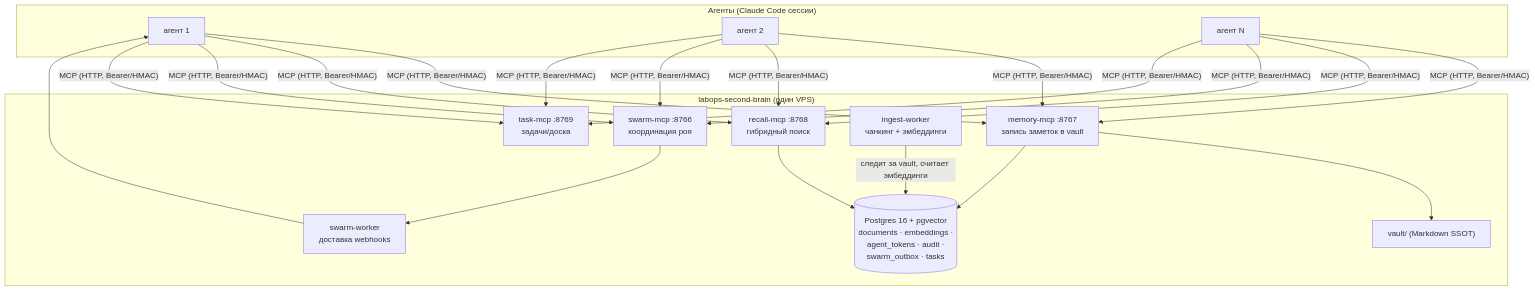
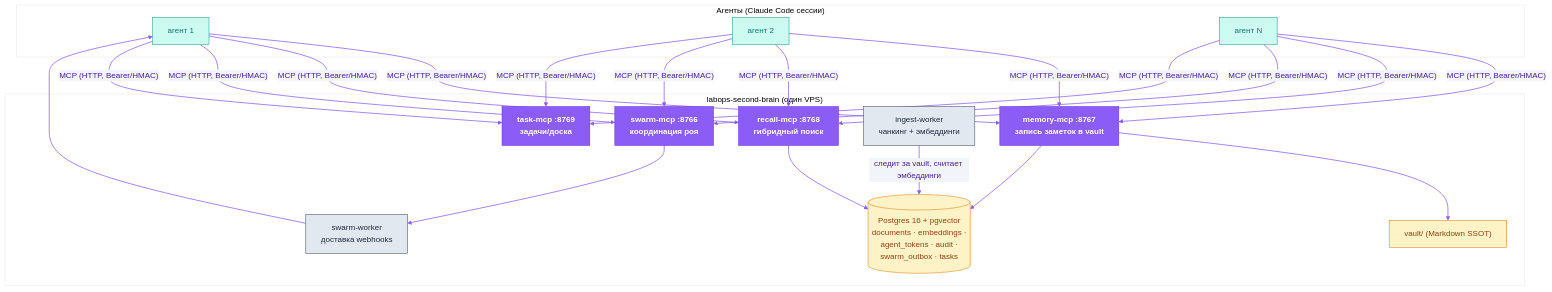
Before and after one commit to dediukhinpa/labops-second-brain: the second of 2 diagrams in README.ru.md, drawn with Mermaid. The commit also changed other lines of this file and 1 other file, not shown here.

First line of the commit message:
docs: brand-styled diagrams + GitHub alert callouts (EN+RU)

````diff
--- a/README.ru.md
+++ b/README.ru.md
@@ -121,24 +134,34 @@
 ```mermaid
+%%{init: {'theme':'base','themeVariables':{'primaryColor':'#EDE9FE','primaryTextColor':'#4C1D95','primaryBorderColor':'#8B5CF6','lineColor':'#8B5CF6','secondaryColor':'#F1F5F9','tertiaryColor':'#ffffff','fontFamily':'Helvetica,Arial,sans-serif'}}}%%
 flowchart TB
     subgraph agents["Агенты (Claude Code сессии)"]
         A1["агент 1"]; A2["агент 2"]; A3["агент N"]
     end
 
     subgraph brain["labops-second-brain (один VPS)"]
         MEM["memory-mcp :8767<br/>запись заметок в vault"]
         REC["recall-mcp :8768<br/>гибридный поиск"]
         SW["swarm-mcp :8766<br/>координация роя"]
         TASK["task-mcp :8769<br/>задачи/доска"]
         IW["ingest-worker<br/>чанкинг + эмбеддинги"]
         SWW["swarm-worker<br/>доставка webhooks"]
         PG[("Postgres 16 + pgvector<br/>documents · embeddings ·<br/>agent_tokens · audit ·<br/>swarm_outbox · tasks")]
         VAULT["vault/ (Markdown SSOT)"]
     end
 
     A1 & A2 & A3 -- "MCP (HTTP, Bearer/HMAC)" --> MEM & REC & SW & TASK
     MEM --> VAULT
     MEM --> PG
     IW -- "следит за vault, считает эмбеддинги" --> PG
     REC --> PG
     SW --> SWW --> A1
+    classDef brand fill:#8B5CF6,stroke:#6D28D9,color:#ffffff,font-weight:bold
+    classDef ext fill:#CCFBF1,stroke:#0D9488,color:#0F766E
+    classDef store fill:#FEF3C7,stroke:#D97706,color:#92400E
+    classDef sys fill:#E2E8F0,stroke:#334155,color:#1E293B
+    linkStyle default stroke:#8B5CF6,stroke-width:1.5px
+    class MEM,REC,SW,TASK brand
+    class A1,A2,A3 ext
+    class PG,VAULT store
+    class IW,SWW sys
 ```
````
